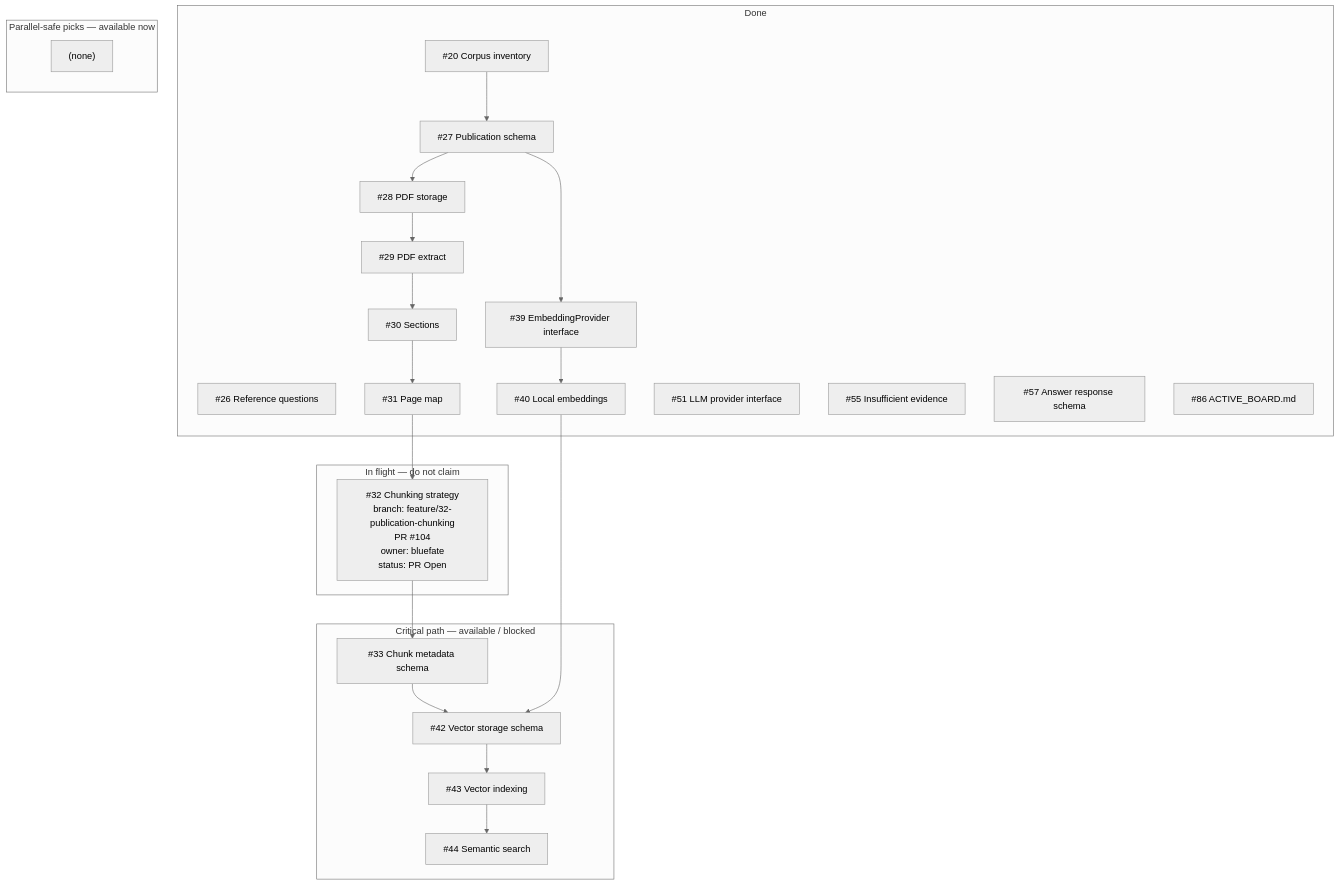
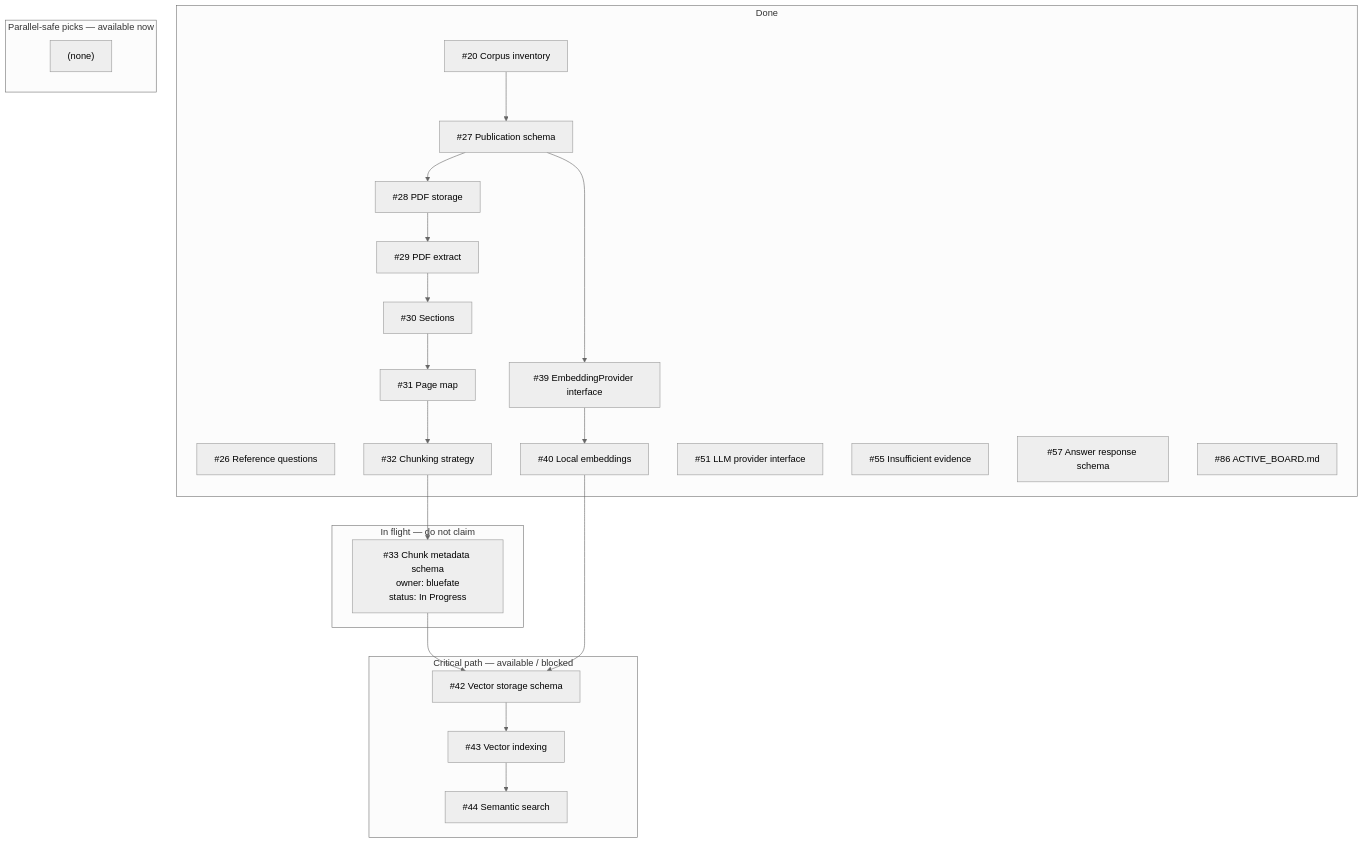
The diagram in docs/development/ACTIVE_BOARD.md (bluefate/spacebio-evidence-engine), drawn with Mermaid (neutral theme) before and after one commit. The commit also changed other lines of this file, not shown here.

Commit message:
chore: refresh ACTIVE_BOARD for in-flight #33

````diff
--- a/docs/development/ACTIVE_BOARD.md
+++ b/docs/development/ACTIVE_BOARD.md
@@ -62,43 +62,43 @@
 ```mermaid
 flowchart TB
   subgraph done [Done]
     i20["#20 Corpus inventory"]
     i26["#26 Reference questions"]
     i27["#27 Publication schema"]
     i28["#28 PDF storage"]
     i29["#29 PDF extract"]
     i30["#30 Sections"]
     i31["#31 Page map"]
+    i32["#32 Chunking strategy"]
     i39["#39 EmbeddingProvider interface"]
     i40["#40 Local embeddings"]
     i51["#51 LLM provider interface"]
     i55["#55 Insufficient evidence"]
     i57["#57 Answer response schema"]
     i86["#86 ACTIVE_BOARD.md"]
   end
   subgraph inflight [In flight — do not claim]
-    i32["#32 Chunking strategy<br/>branch: feature/32-publication-chunking<br/>PR #104<br/>owner: bluefate<br/>status: PR Open"]
+    i33["#33 Chunk metadata schema<br/>owner: bluefate<br/>status: In Progress"]
   end
   subgraph nextCritical [Critical path — available / blocked]
-    i33["#33 Chunk metadata schema"]
     i42["#42 Vector storage schema"]
     i43["#43 Vector indexing"]
     i44["#44 Semantic search"]
   end
   subgraph nextParallel [Parallel-safe picks — available now]
     nextParallel_empty["(none)"]
   end
   i20 --> i27
   i27 --> i28
   i28 --> i29
   i29 --> i30
   i30 --> i31
   i31 --> i32
   i32 --> i33
   i33 --> i42
   i27 --> i39
   i39 --> i40
   i40 --> i42
   i42 --> i43
   i43 --> i44
 ```
````
